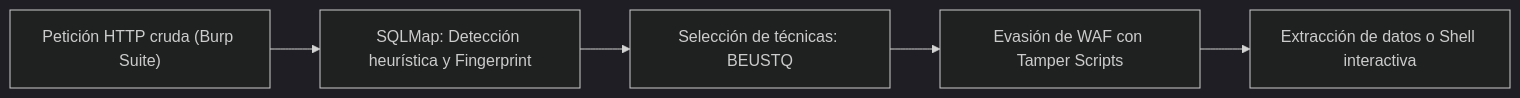
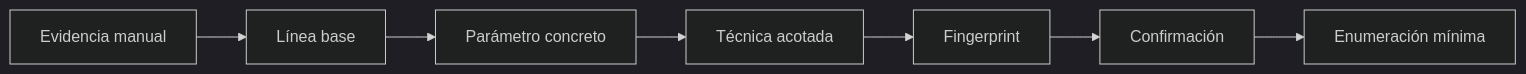
Before and after one commit to purpesec/Cybersecurity-For-Beginners: the diagram in pentesting-web/02-sql-injection/07-automatizacion-sqlmap/README.md, drawn with Mermaid (dark theme). The commit also changed other lines of this file and 8 other files, not shown here.

````diff
--- a/pentesting-web/02-sql-injection/07-automatizacion-sqlmap/README.md
+++ b/pentesting-web/02-sql-injection/07-automatizacion-sqlmap/README.md
@@ -14,7 +14,9 @@
 ```mermaid
 flowchart LR
-    A["Petición HTTP cruda (Burp Suite)"] --> B["SQLMap: Detección heurística y Fingerprint"]
-    B --> C["Selección de técnicas: BEUSTQ"]
-    C --> D["Evasión de WAF con Tamper Scripts"]
-    D --> E["Extracción de datos o Shell interactiva"]
+    A[Evidencia manual] --> B[Línea base]
+    B --> C[Parámetro concreto]
+    C --> D[Técnica acotada]
+    D --> E[Fingerprint]
+    E --> F[Confirmación]
+    F --> G[Enumeración mínima]
 ```
````
